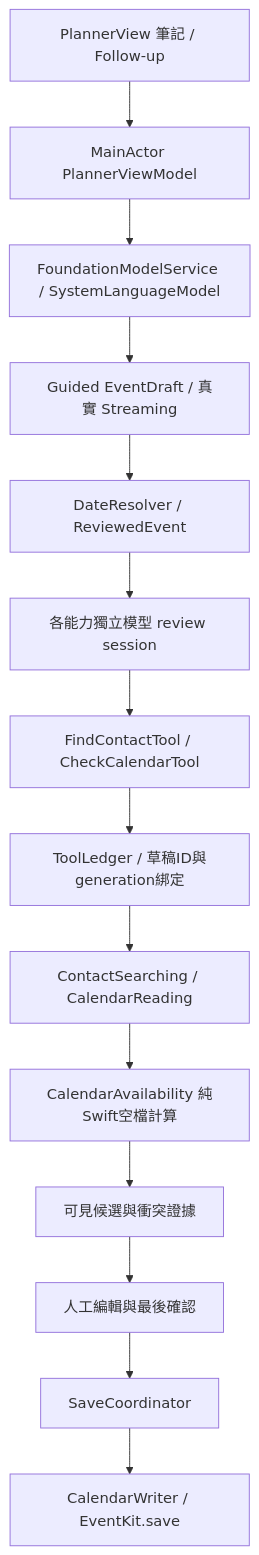
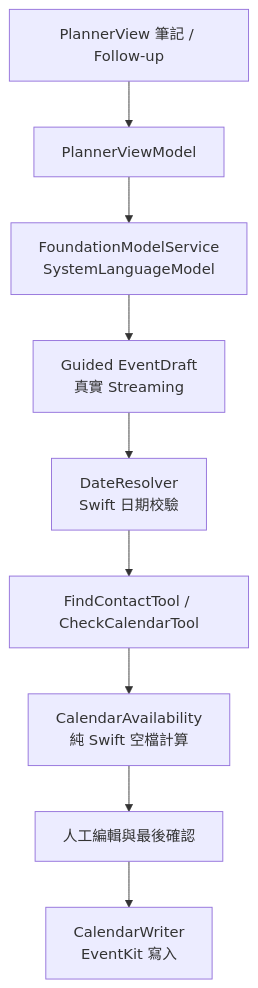
One commit to ting3242006/FoundationModelsDemo changed the diagram in README.md. Above: the diagram before and after it, drawn with Mermaid. The commit also changed other lines of this file and 1 other file, not shown here.

````diff
--- a/README.md
+++ b/README.md
@@ -52,16 +55,11 @@
 ```mermaid
 flowchart TD
-    Note[PlannerView 筆記 / Follow-up] --> VM[MainActor PlannerViewModel]
-    VM --> FM[FoundationModelService / SystemLanguageModel]
-    FM --> Partial[Guided EventDraft / 真實 Streaming]
-    Partial --> Date[DateResolver / ReviewedEvent]
-    Date --> Review[各能力獨立模型 review session]
-    Review --> Tools[FindContactTool / CheckCalendarTool]
-    Tools --> Ledger[ToolLedger / 草稿ID與generation綁定]
-    Ledger --> Read[ContactSearching / CalendarReading]
-    Read --> Swift[CalendarAvailability 純Swift空檔計算]
-    Swift --> UI[可見候選與衝突證據]
-    UI --> Human[人工編輯與最後確認]
-    Human --> Gate[SaveCoordinator]
-    Gate --> Writer[CalendarWriter / EventKit.save]
+    Note[PlannerView 筆記 / Follow-up] --> VM[PlannerViewModel]
+    VM --> FM[FoundationModelService<br/>SystemLanguageModel]
+    FM --> Draft[Guided EventDraft<br/>真實 Streaming]
+    Draft --> Date[DateResolver<br/>Swift 日期校驗]
+    Date --> Tools[FindContactTool / CheckCalendarTool]
+    Tools --> Swift[CalendarAvailability<br/>純 Swift 空檔計算]
+    Swift --> Human[人工編輯與最後確認]
+    Human --> Writer[CalendarWriter<br/>EventKit 寫入]
 ```
````
